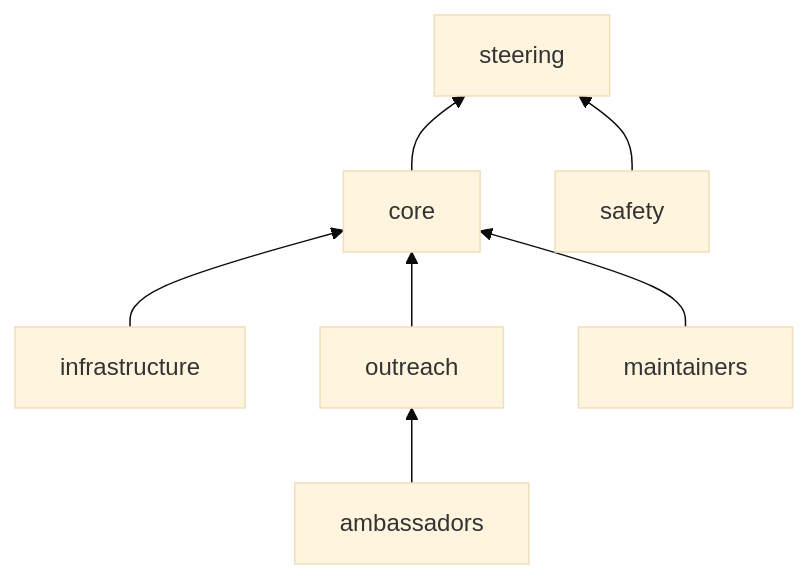
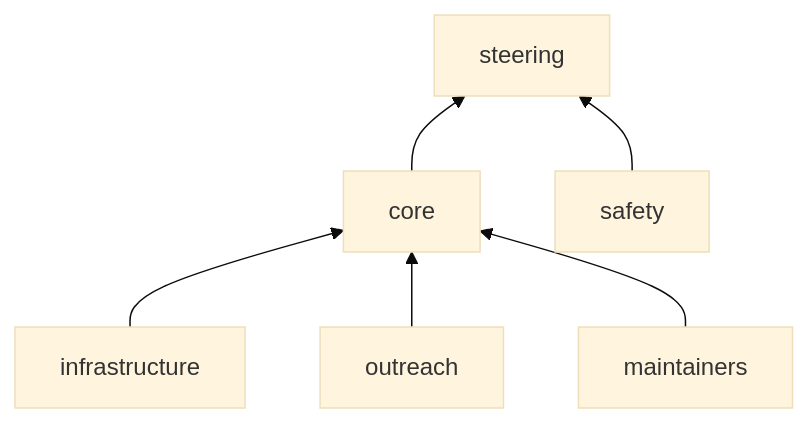
One commit to nf-core/website changed the diagram in src/content/about/governance.mdx. Above: the diagram before and after it, drawn with Mermaid (base theme). The commit also changed other lines of this file, not shown here.

````diff
--- a/src/content/about/governance.mdx
+++ b/src/content/about/governance.mdx
@@ -18,9 +18,8 @@
 ```mermaid
 flowchart BT
     core --> steering
     infrastructure --> core
     outreach --> core
-    ambassadors --> outreach
     maintainers --> core
     safety --> steering
 ```
````
